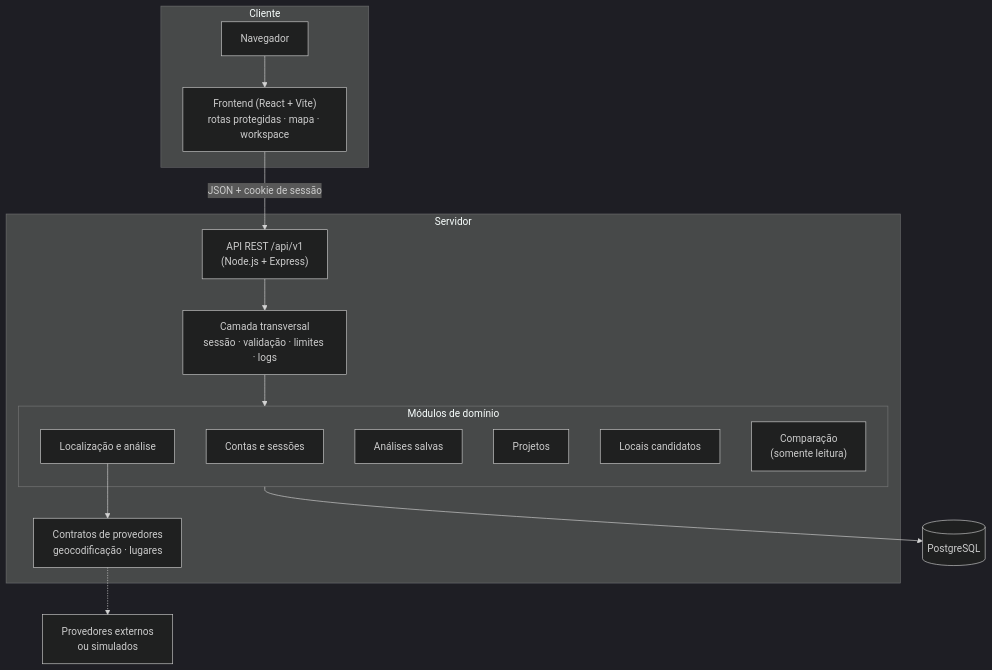
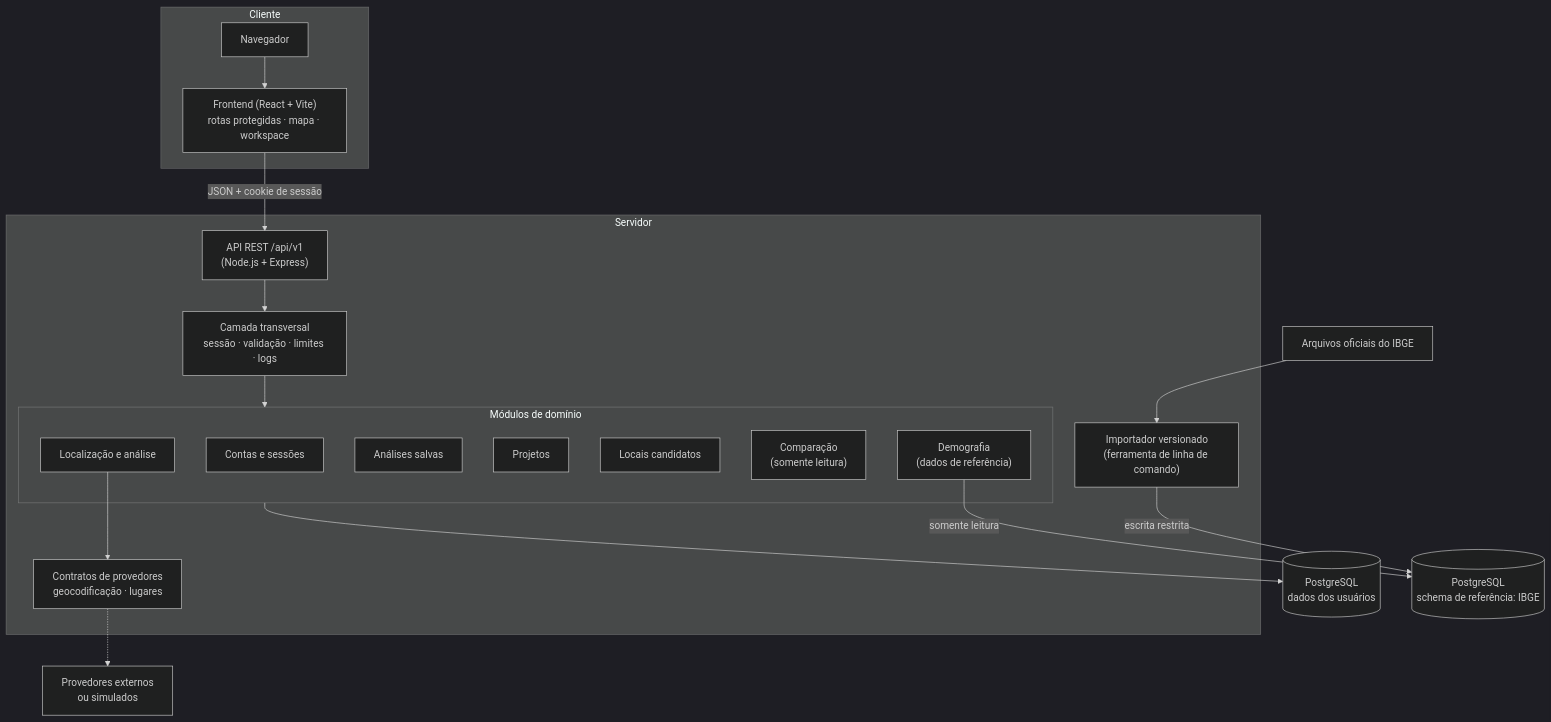
Before and after one commit to kelvinsg218/business-location-intelligence-showcase: the first of 3 diagrams in docs/ARCHITECTURE.md, drawn with Mermaid (dark theme). The commit also changed other lines of this file and 12 other files, not shown here.

````diff
--- a/docs/ARCHITECTURE.md
+++ b/docs/ARCHITECTURE.md
@@ -7,28 +7,34 @@
 ```mermaid
 flowchart TB
     subgraph Cliente
         B["Navegador"]
         F["Frontend (React + Vite)<br/>rotas protegidas · mapa · workspace"]
     end
     subgraph Servidor
         API["API REST /api/v1<br/>(Node.js + Express)"]
         MW["Camada transversal<br/>sessão · validação · limites · logs"]
         subgraph Modulos["Módulos de domínio"]
             AUTH["Contas e sessões"]
             LOC["Localização e análise"]
             AN["Análises salvas"]
             PJ["Projetos"]
             CL["Locais candidatos"]
             CMP["Comparação<br/>(somente leitura)"]
+            DEM["Demografia<br/>(dados de referência)"]
         end
         PR["Contratos de provedores<br/>geocodificação · lugares"]
+        IMP["Importador versionado<br/>(ferramenta de linha de comando)"]
     end
-    DB[("PostgreSQL")]
+    DB[("PostgreSQL<br/>dados dos usuários")]
+    REF[("PostgreSQL<br/>schema de referência: IBGE")]
     EXT["Provedores externos<br/>ou simulados"]
+    IBGE["Arquivos oficiais do IBGE"]
 
     B --> F
     F -->|"JSON + cookie de sessão"| API
     API --> MW --> Modulos
     Modulos --> DB
     LOC --> PR -.-> EXT
+    DEM -->|"somente leitura"| REF
+    IBGE --> IMP -->|"escrita restrita"| REF
 ```
````
